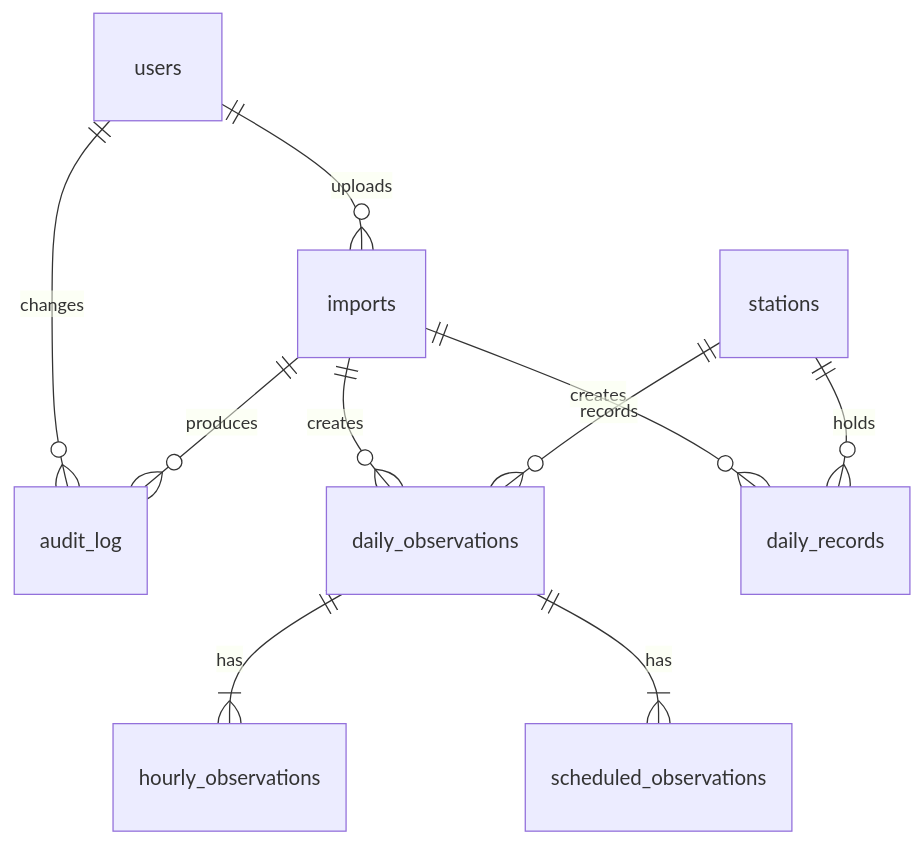
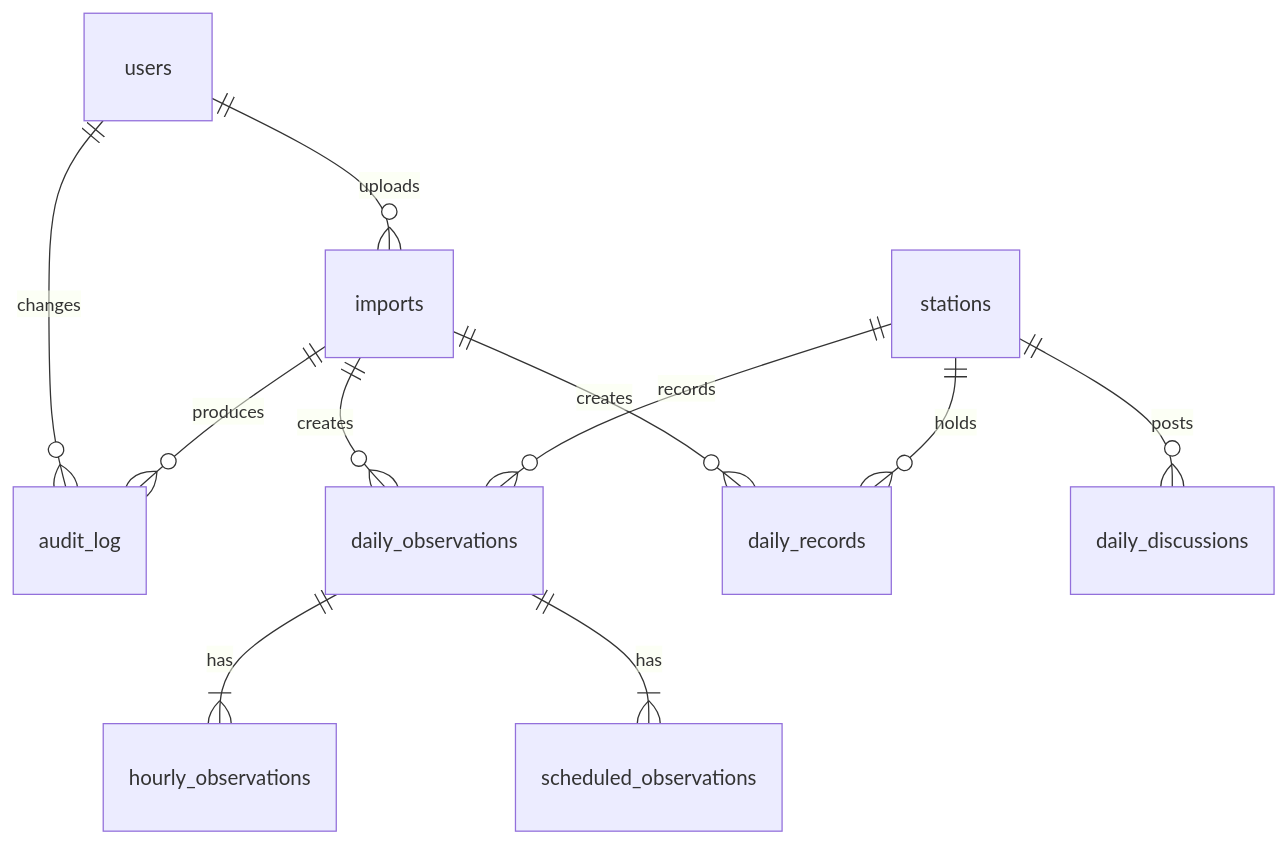
One commit to Code-4-Community/bho changed the diagram in docs/database-schema.md. Above: the diagram before and after it, drawn with Mermaid. The commit also changed other lines of this file and 3 other files, not shown here.

````diff
--- a/docs/database-schema.md
+++ b/docs/database-schema.md
@@ -14,12 +14,13 @@
 ```mermaid
 erDiagram
   users ||--o{ imports : uploads
   users ||--o{ audit_log : changes
   imports ||--o{ audit_log : produces
   imports ||--o{ daily_observations : creates
   imports ||--o{ daily_records : creates
   stations ||--o{ daily_observations : records
   stations ||--o{ daily_records : holds
+  stations ||--o{ daily_discussions : posts
   daily_observations ||--|{ hourly_observations : has
   daily_observations ||--|{ scheduled_observations : has
 ```
````
